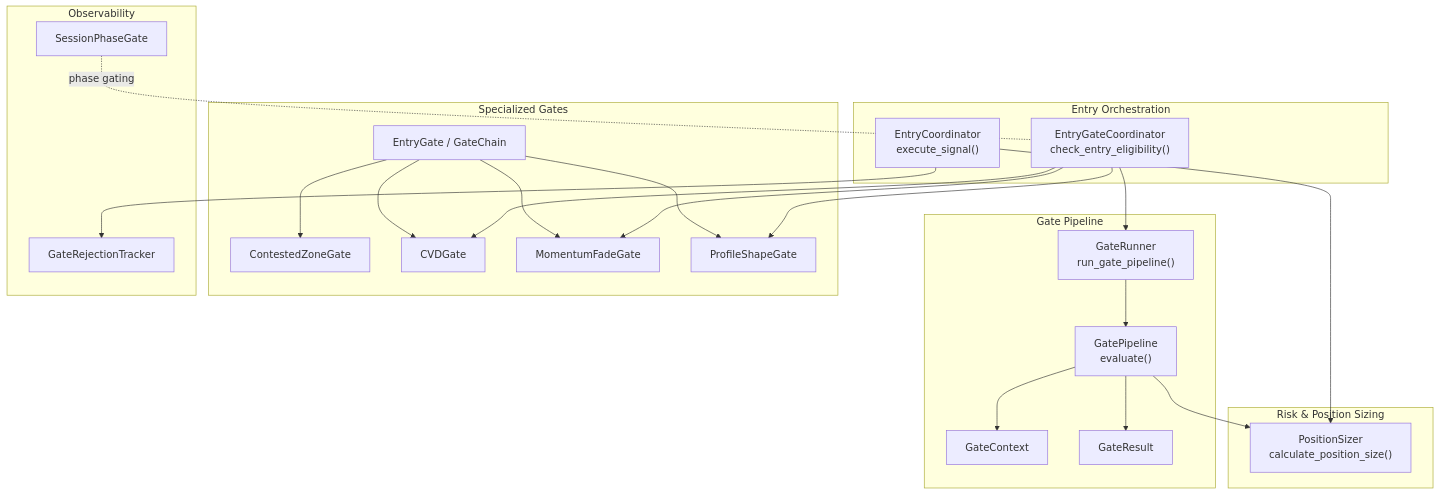
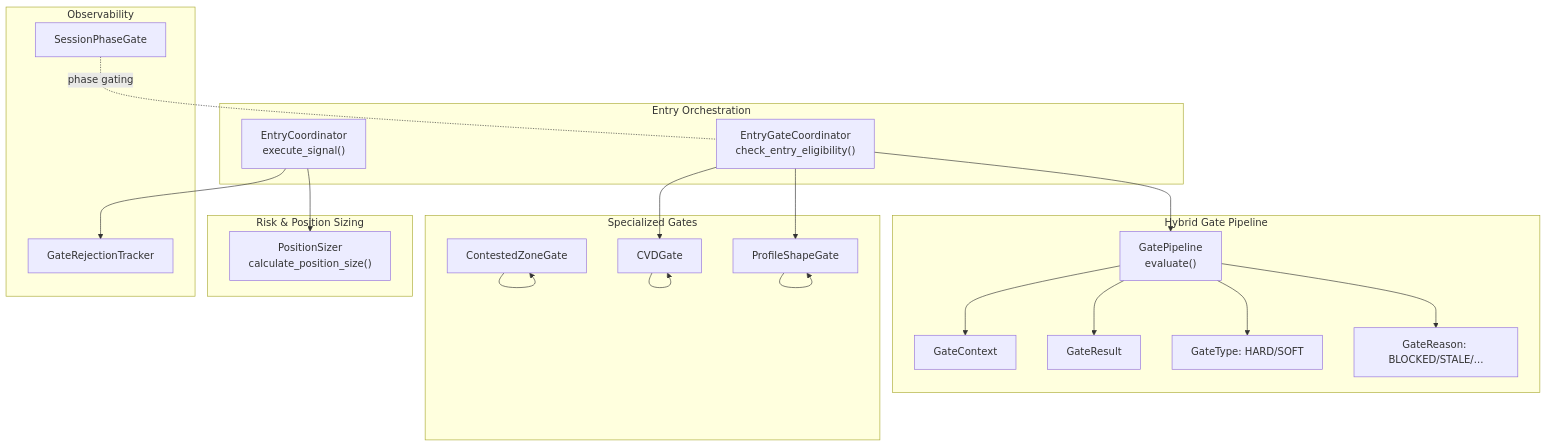
Before and after one commit to gemrajkhatry-maker/v5-of-glassytrade-ai: the first of 5 diagrams in .qoder/repowiki/en/content/Backend Application/Application Handlers/Gate Pipeline.md, drawn with Mermaid. The commit also changed other lines of this file and 930 other files, not shown here.

````diff
--- a/.qoder/repowiki/en/content/Backend Application/Application Handlers/Gate Pipeline.md
+++ b/.qoder/repowiki/en/content/Backend Application/Application Handlers/Gate Pipeline.md
@@ -48,42 +56,39 @@
 ```mermaid
 graph TB
 subgraph "Entry Orchestration"
 EGC["EntryGateCoordinator<br/>check_entry_eligibility()"]
 EC["EntryCoordinator<br/>execute_signal()"]
 end
-subgraph "Gate Pipeline"
-GR["GateRunner<br/>run_gate_pipeline()"]
+subgraph "Hybrid Gate Pipeline"
 GP["GatePipeline<br/>evaluate()"]
 GCtx["GateContext"]
 GRes["GateResult"]
+GType["GateType: HARD/SOFT"]
+GReason["GateReason: BLOCKED/STALE/..."]
 end
 subgraph "Specialized Gates"
 CZ["ContestedZoneGate"]
 CVD["CVDGate"]
-MF["MomentumFadeGate"]
 PS["ProfileShapeGate"]
-Base["EntryGate / GateChain"]
 end
 subgraph "Risk & Position Sizing"
 POS["PositionSizer<br/>calculate_position_size()"]
 end
 subgraph "Observability"
 GRT["GateRejectionTracker"]
 SPG["SessionPhaseGate"]
 end
-EGC --> GR
-GR --> GP
+EGC --> GP
 GP --> GCtx
 GP --> GRes
-GP --> POS
+GP --> GType
+GP --> GReason
 EGC --> CVD
 EGC --> PS
-EGC --> MF
-Base --> CZ
-Base --> CVD
-Base --> PS
-Base --> MF
+CZ --> CZ
+CVD --> CVD
+PS --> PS
 EC --> POS
 EC --> GRT
 SPG -. "phase gating" .- EGC
 ```
````
